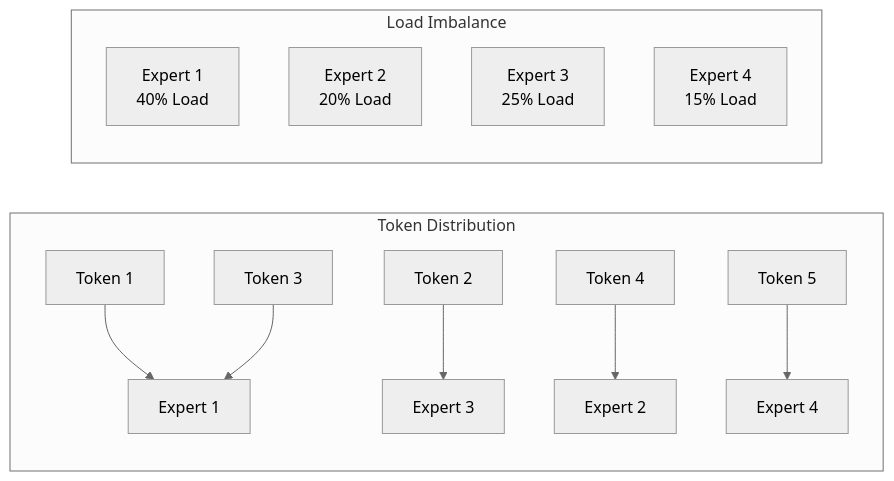
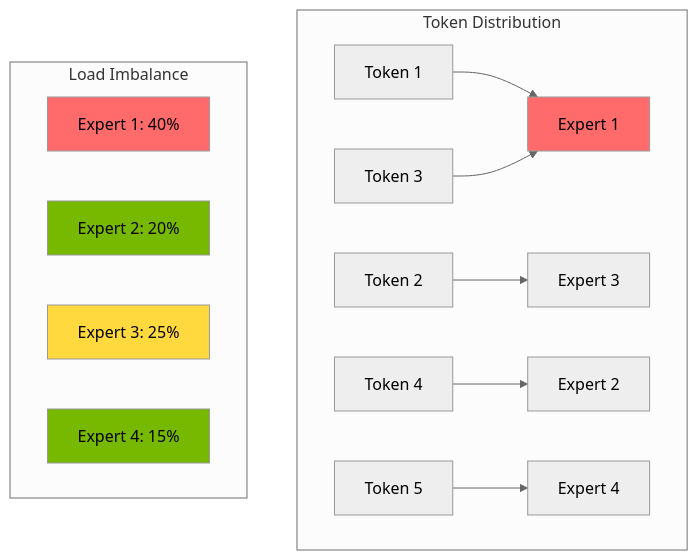
One commit to devfloor9/engineering-playbook changed the fourth of 6 diagrams in docs/agentic-ai-platform/model-serving/moe-model-serving.md. Above: the diagram before and after it, drawn with Mermaid (neutral theme). The commit also changed other lines of this file and 24 other files, not shown here.

````diff
--- a/docs/agentic-ai-platform/model-serving/moe-model-serving.md
+++ b/docs/agentic-ai-platform/model-serving/moe-model-serving.md
@@ -170,17 +188,23 @@
 ```mermaid
-flowchart LR
-    subgraph "Token Distribution"
+flowchart TB
+    subgraph Dist["Token Distribution"]
         T1[Token 1] --> E1[Expert 1]
         T2[Token 2] --> E3[Expert 3]
-        T3[Token 3] --> E1[Expert 1]
+        T3[Token 3] --> E1
         T4[Token 4] --> E2[Expert 2]
         T5[Token 5] --> E4[Expert 4]
     end
-    
-    subgraph "Load Imbalance"
-        E1_LOAD[Expert 1<br/>40% Load]
-        E2_LOAD[Expert 2<br/>20% Load]
-        E3_LOAD[Expert 3<br/>25% Load]
-        E4_LOAD[Expert 4<br/>15% Load]
+
+    subgraph Load["Load Imbalance"]
+        E1_LOAD[Expert 1: 40%]
+        E2_LOAD[Expert 2: 20%]
+        E3_LOAD[Expert 3: 25%]
+        E4_LOAD[Expert 4: 15%]
     end
+
+    style E1 fill:#ff6b6b
+    style E1_LOAD fill:#ff6b6b
+    style E2_LOAD fill:#76b900
+    style E3_LOAD fill:#ffd93d
+    style E4_LOAD fill:#76b900
 ```
````
